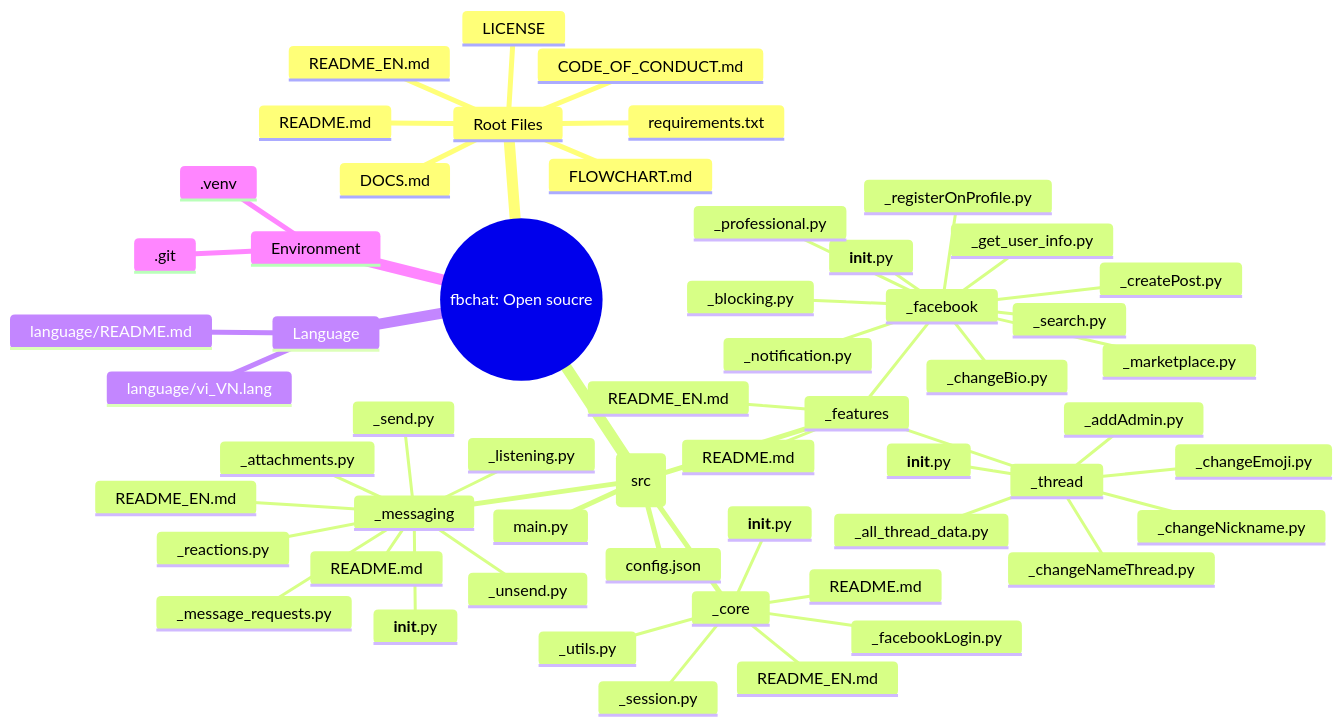
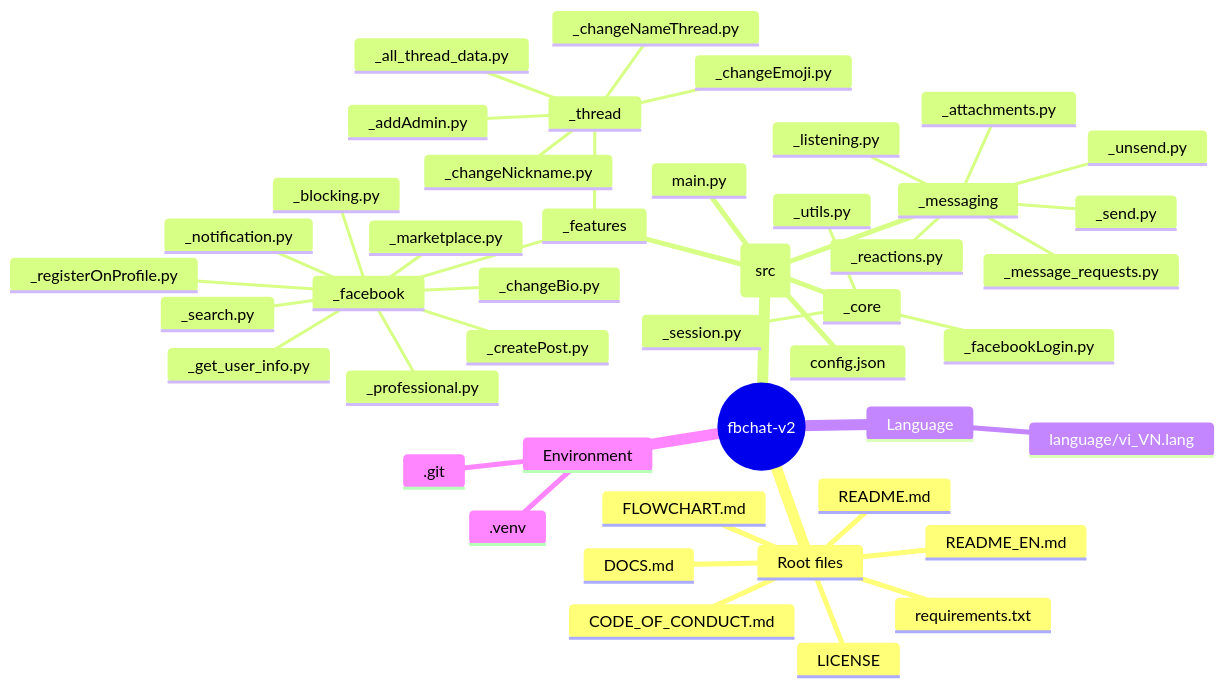
The second of 2 diagrams in README_EN.md (MinhHuyDev/fbchat-v2), drawn with Mermaid before and after one commit. The commit also changed other lines of this file and 12 other files, not shown here.

````diff
--- a/README_EN.md
+++ b/README_EN.md
@@ -86,59 +161,48 @@
 ```mermaid
 mindmap
-  root((fbchat: Open soucre))
-    Root Files
+  root((fbchat-v2))
+    Root files
       README.md
       README_EN.md
       DOCS.md
+      FLOWCHART.md
       CODE_OF_CONDUCT.md
       LICENSE
       requirements.txt
-      FLOWCHART.md
-    Source Code (src)
+    Source (src)
       main.py
       config.json
       _core
-        __init__.py
+        _facebookLogin.py
         _session.py
         _utils.py
-        _facebookLogin.py
-        README.md
-        README_EN.md
       _features
-        README.md
-        README_EN.md
         _facebook
-          __init__.py
           _blocking.py
           _changeBio.py
           _createPost.py
           _get_user_info.py
           _marketplace.py
           _notification.py
           _professional.py
           _registerOnProfile.py
           _search.py
         _thread
-          __init__.py
           _addAdmin.py
           _all_thread_data.py
           _changeEmoji.py
           _changeNameThread.py
           _changeNickname.py
       _messaging
-        __init__.py
         _attachments.py
         _listening.py
         _message_requests.py
         _reactions.py
         _send.py
         _unsend.py
-        README.md
-        README_EN.md
     Language
-      language/README.md
       language/vi_VN.lang
     Environment
       .venv
       .git
 ```
````
